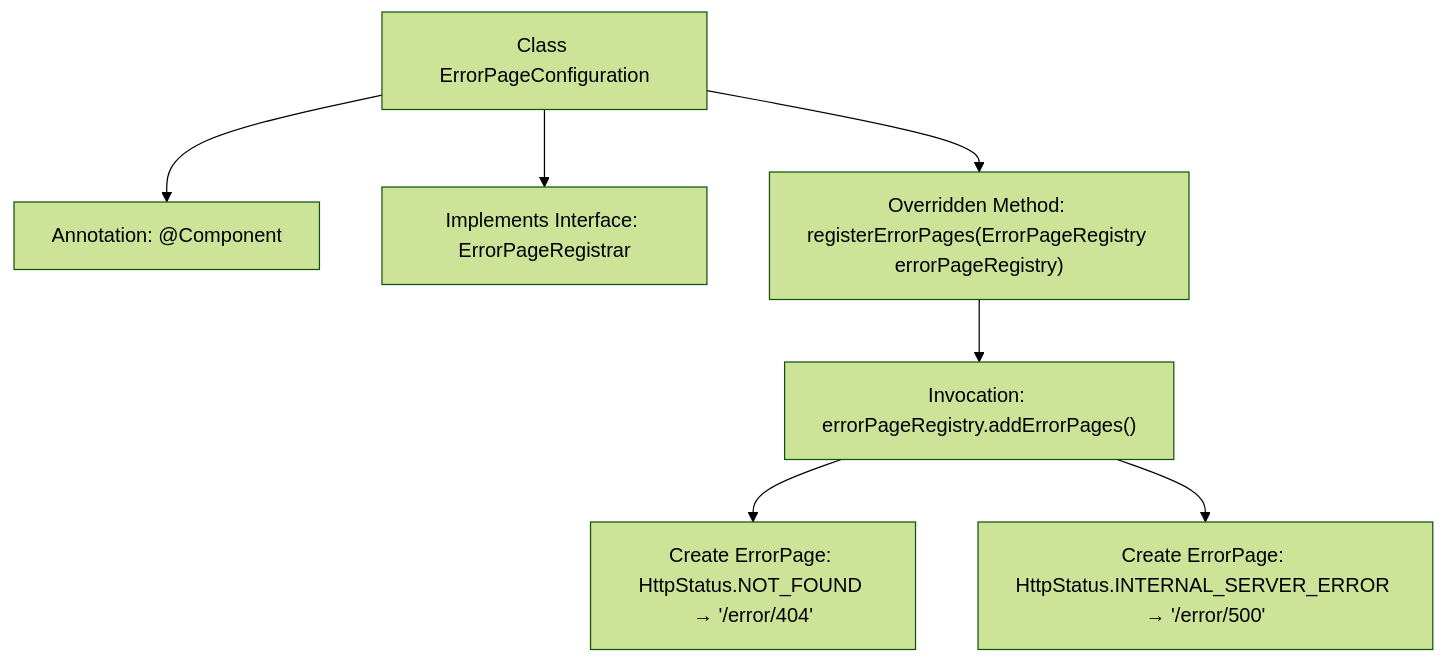
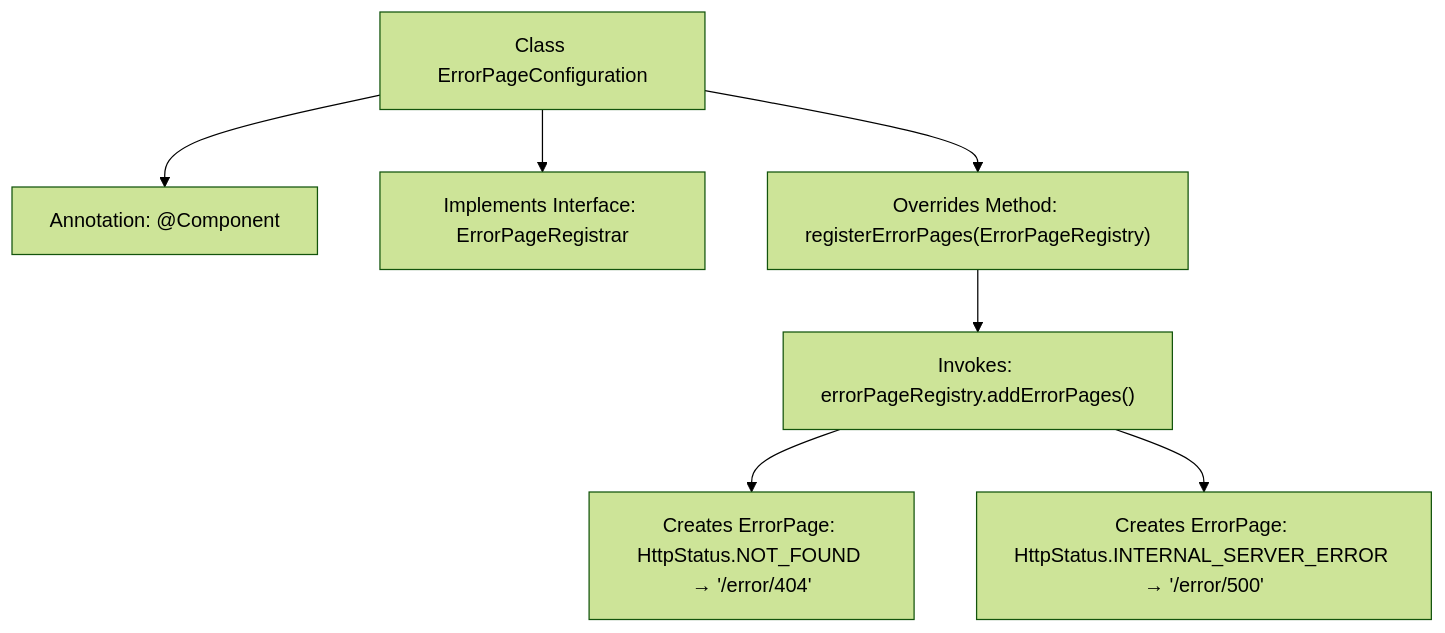
Before and after one commit to v-wjrong/rongwj666_weixin-java-miniapp-demo: the second of 2 diagrams in docs/en/docs/src/main/java/com/github/binarywang/demo/wx/miniapp/error/ErrorPageConfiguration.md, drawn with Mermaid (forest theme). The commit also changed other lines of this file and 49 other files, not shown here.

````diff
--- a/docs/en/docs/src/main/java/com/github/binarywang/demo/wx/miniapp/error/ErrorPageConfiguration.md
+++ b/docs/en/docs/src/main/java/com/github/binarywang/demo/wx/miniapp/error/ErrorPageConfiguration.md
@@ -70,17 +64,17 @@
 ```mermaid
 graph TD
     A["Class ErrorPageConfiguration"]
     B["Annotation: @Component"]
     C["Implements Interface: ErrorPageRegistrar"]
-    D["Overridden Method: registerErrorPages(ErrorPageRegistry errorPageRegistry)"]
-    E["Invocation: errorPageRegistry.addErrorPages()"]
-    F["Create ErrorPage: HttpStatus.NOT_FOUND → '/error/404'"]
-    G["Create ErrorPage: HttpStatus.INTERNAL_SERVER_ERROR → '/error/500'"]
+    D["Overrides Method: registerErrorPages(ErrorPageRegistry)"]
+    E["Invokes: errorPageRegistry.addErrorPages()"]
+    F["Creates ErrorPage: HttpStatus.NOT_FOUND → '/error/404'"]
+    G["Creates ErrorPage: HttpStatus.INTERNAL_SERVER_ERROR → '/error/500'"]
 
     A --> B
     A --> C
     A --> D
     D --> E
     E --> F
     E --> G
 ```
````
